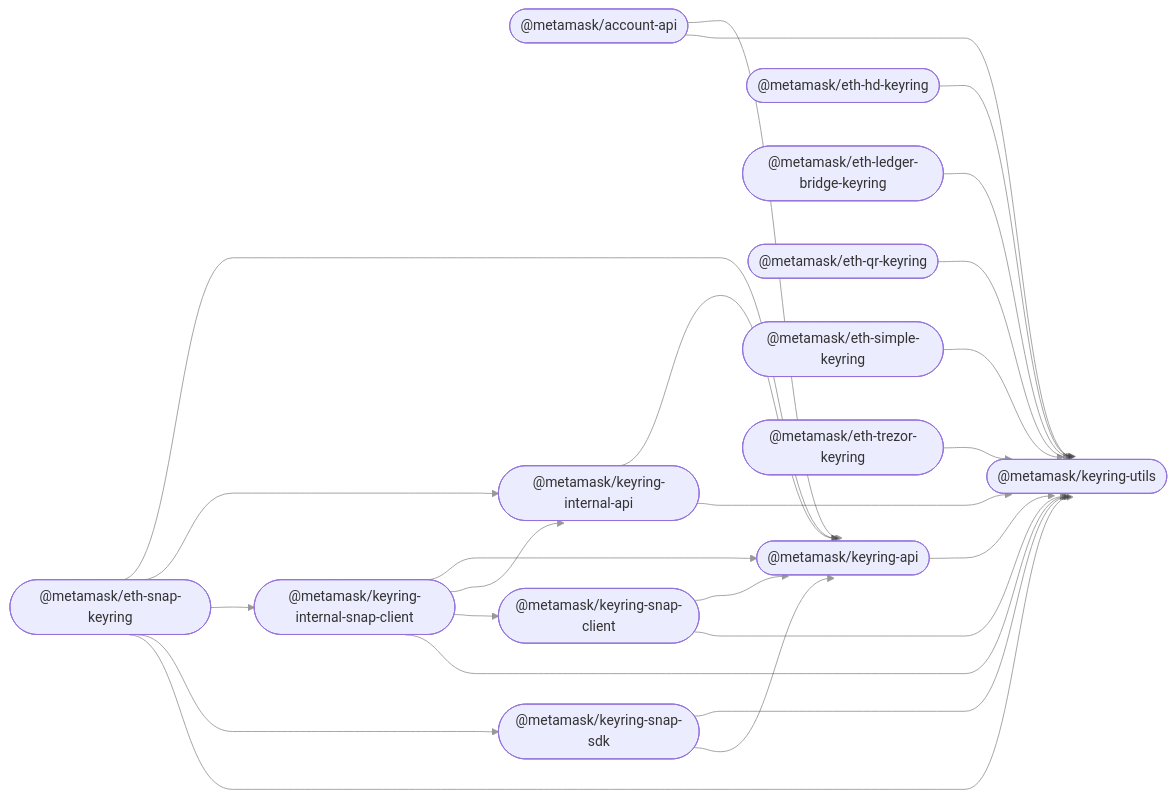
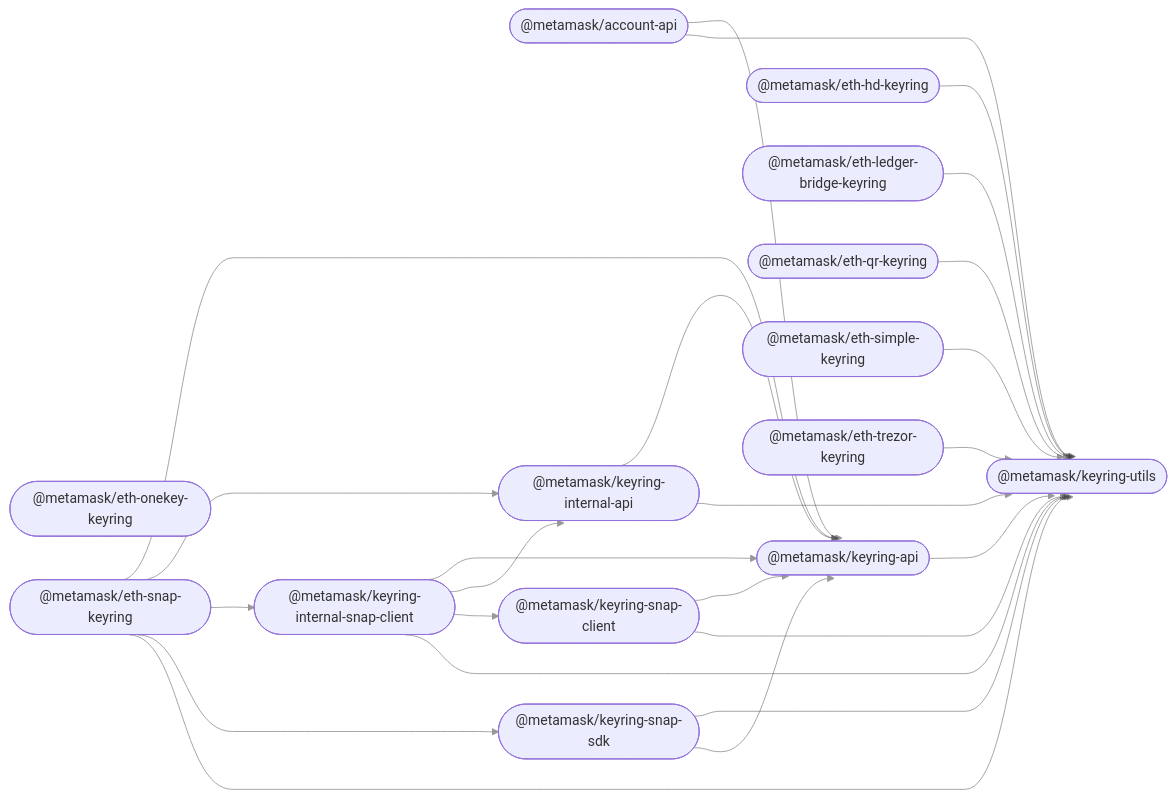
One commit to MetaMask/accounts changed the diagram in README.md. Above: the diagram before and after it, drawn with Mermaid. The commit also changed other lines of this file and 4 other files, not shown here.

````diff
--- a/README.md
+++ b/README.md
@@ -35,41 +36,42 @@
 ```mermaid
 %%{ init: { 'flowchart': { 'curve': 'bumpX' } } }%%
 graph LR;
 linkStyle default opacity:0.5
   account_api(["@metamask/account-api"]);
   keyring_api(["@metamask/keyring-api"]);
   eth_hd_keyring(["@metamask/eth-hd-keyring"]);
   eth_ledger_bridge_keyring(["@metamask/eth-ledger-bridge-keyring"]);
+  eth_onekey_keyring(["@metamask/eth-onekey-keyring"]);
   eth_qr_keyring(["@metamask/eth-qr-keyring"]);
   eth_simple_keyring(["@metamask/eth-simple-keyring"]);
   eth_trezor_keyring(["@metamask/eth-trezor-keyring"]);
   keyring_internal_api(["@metamask/keyring-internal-api"]);
   keyring_internal_snap_client(["@metamask/keyring-internal-snap-client"]);
   eth_snap_keyring(["@metamask/eth-snap-keyring"]);
   keyring_snap_client(["@metamask/keyring-snap-client"]);
   keyring_snap_sdk(["@metamask/keyring-snap-sdk"]);
   keyring_utils(["@metamask/keyring-utils"]);
   account_api --> keyring_api;
   account_api --> keyring_utils;
   keyring_api --> keyring_utils;
   eth_hd_keyring --> keyring_utils;
   eth_ledger_bridge_keyring --> keyring_utils;
   eth_qr_keyring --> keyring_utils;
   eth_simple_keyring --> keyring_utils;
   eth_trezor_keyring --> keyring_utils;
   keyring_internal_api --> keyring_api;
   keyring_internal_api --> keyring_utils;
   keyring_internal_snap_client --> keyring_api;
   keyring_internal_snap_client --> keyring_internal_api;
   keyring_internal_snap_client --> keyring_snap_client;
   keyring_internal_snap_client --> keyring_utils;
   eth_snap_keyring --> keyring_api;
   eth_snap_keyring --> keyring_internal_api;
   eth_snap_keyring --> keyring_internal_snap_client;
   eth_snap_keyring --> keyring_snap_sdk;
   eth_snap_keyring --> keyring_utils;
   keyring_snap_client --> keyring_api;
   keyring_snap_client --> keyring_utils;
   keyring_snap_sdk --> keyring_utils;
   keyring_snap_sdk --> keyring_api;
 ```
````
